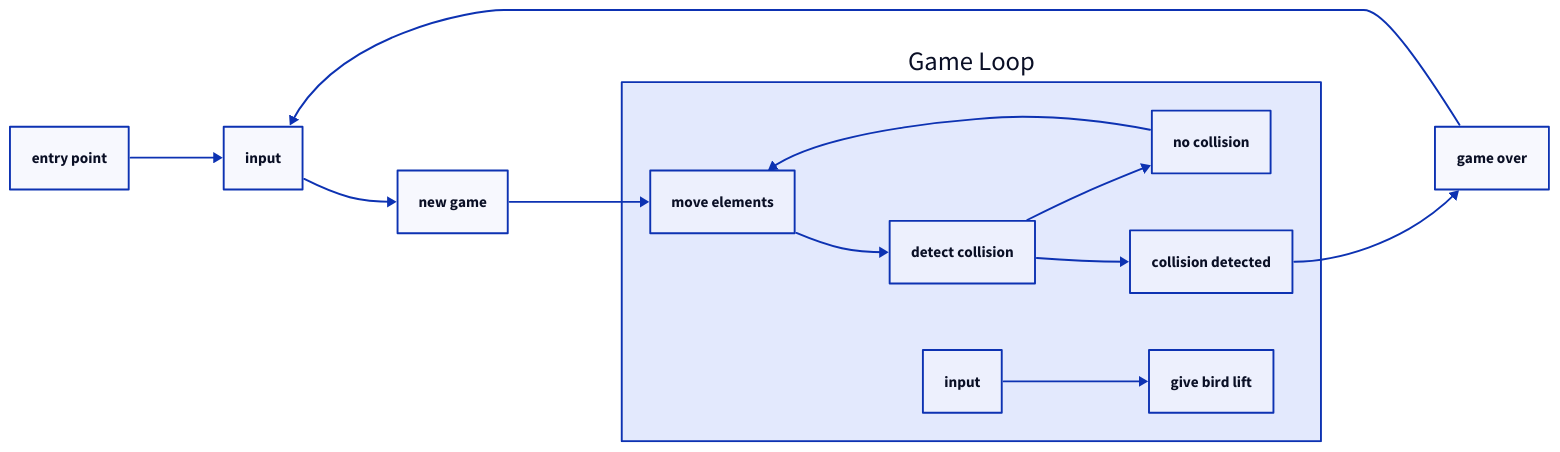
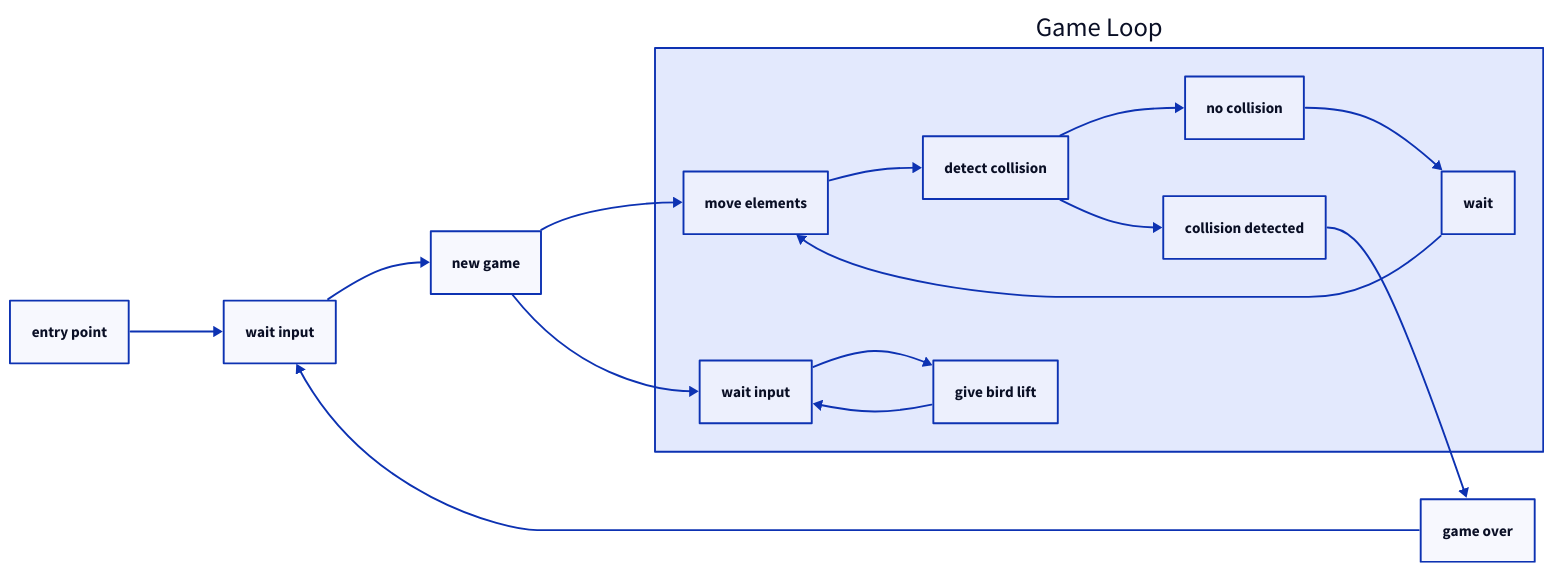
One commit to nhooyr/flappybird changed the diagram in pres/game-loop.d2. Above: the diagram before and after it, drawn with D2. The commit also changed 2 other files, not shown here.

```diff
--- a/pres/game-loop.d2
+++ b/pres/game-loop.d2
@@ -1,12 +1,14 @@
 direction: right
-entry point -> input -> new game -> Game Loop.move elements
+entry point -> wait input -> new game
+new game -> Game Loop.move elements
+new game -> Game Loop.wait input
 
 Game Loop: {
   move elements -> detect collision
-  detect collision -> no collision -> move elements
+  detect collision -> no collision -> wait -> move elements
   detect collision -> collision detected -> _.game over
 
-  input -> give bird lift
+  wait input -> give bird lift -> wait input
 }
 
-game over -> input
+game over -> wait input
```
